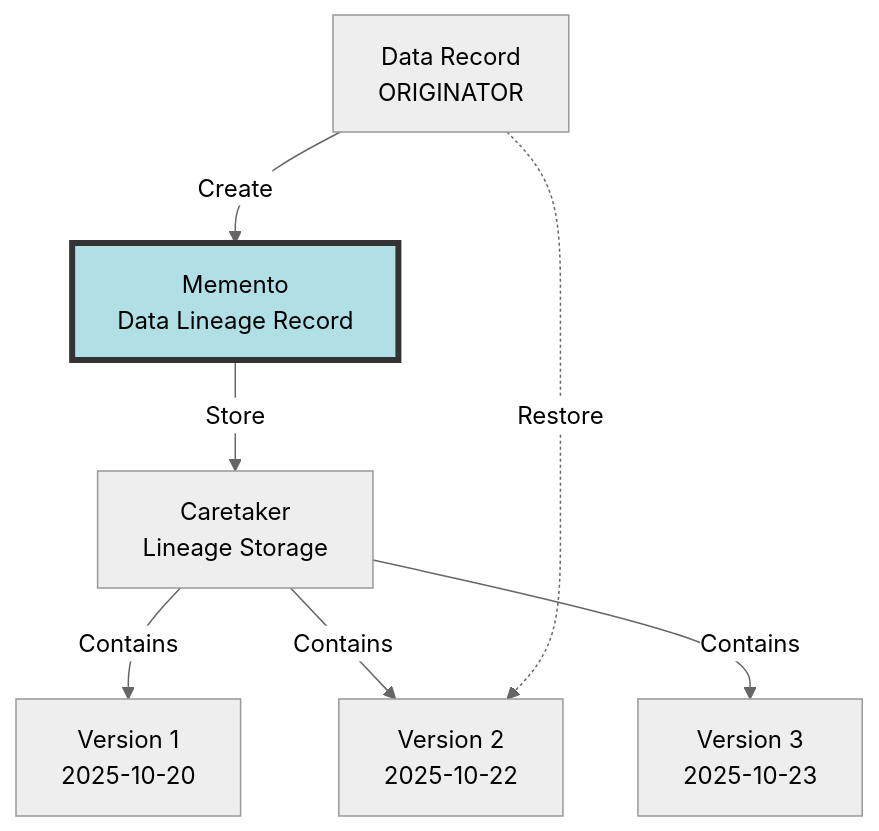
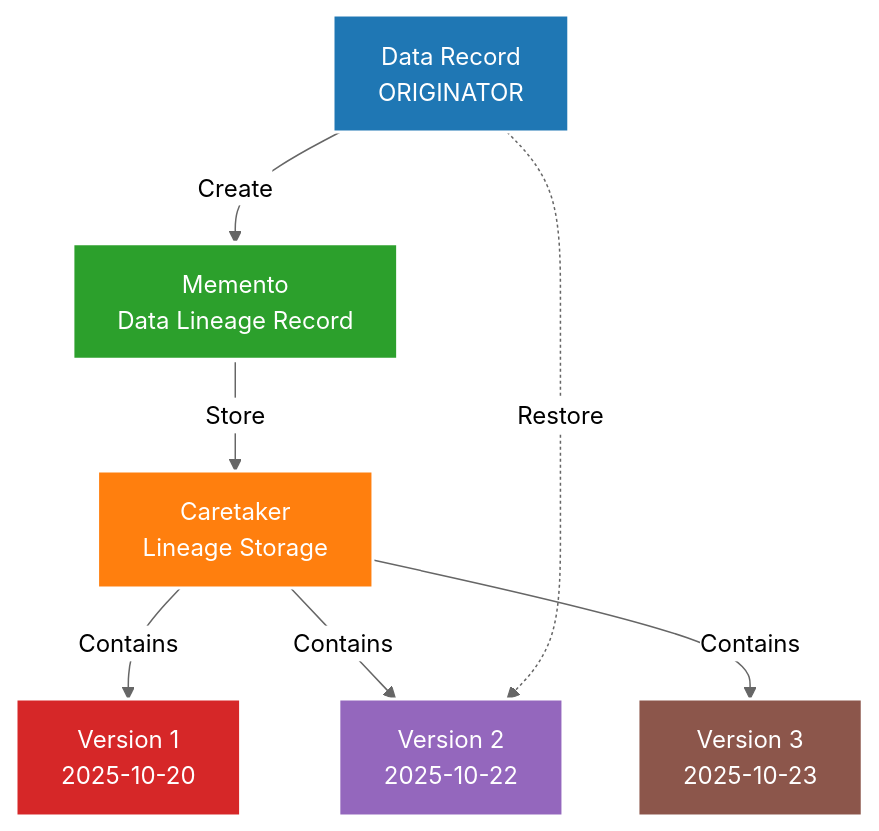
Diagram 20 of 20 in README_DataCloud_Patterns_Data_Examples.md (arupsarkar-sfdc/Misc), drawn with Mermaid (neutral theme) before and after one commit. The commit also changed other lines of this file and 1 other file, not shown here.

````diff
--- a/README_DataCloud_Patterns_Data_Examples.md
+++ b/README_DataCloud_Patterns_Data_Examples.md
@@ -4435,13 +6281,18 @@
 ```mermaid
 graph TB
     Originator[Data Record<br/>ORIGINATOR] -->|Create| Memento[Memento<br/>Data Lineage Record]
     Memento -->|Store| Caretaker[Caretaker<br/>Lineage Storage]
     
     Caretaker -->|Contains| M1[Version 1<br/>2025-10-20]
     Caretaker -->|Contains| M2[Version 2<br/>2025-10-22]
     Caretaker -->|Contains| M3[Version 3<br/>2025-10-23]
     
     Originator -.->|Restore| M2
     
-    style Memento fill:#B0E0E6,stroke:#333,stroke-width:4px
+    style Originator fill:#1f77b4,stroke:#ffffff,stroke-width:2px,color:#ffffff
+    style Memento fill:#2ca02c,stroke:#ffffff,stroke-width:3px,color:#ffffff
+    style Caretaker fill:#ff7f0e,stroke:#ffffff,stroke-width:2px,color:#ffffff
+    style M1 fill:#d62728,stroke:#ffffff,stroke-width:2px,color:#ffffff
+    style M2 fill:#9467bd,stroke:#ffffff,stroke-width:2px,color:#ffffff
+    style M3 fill:#8c564b,stroke:#ffffff,stroke-width:2px,color:#ffffff
 ```
````
